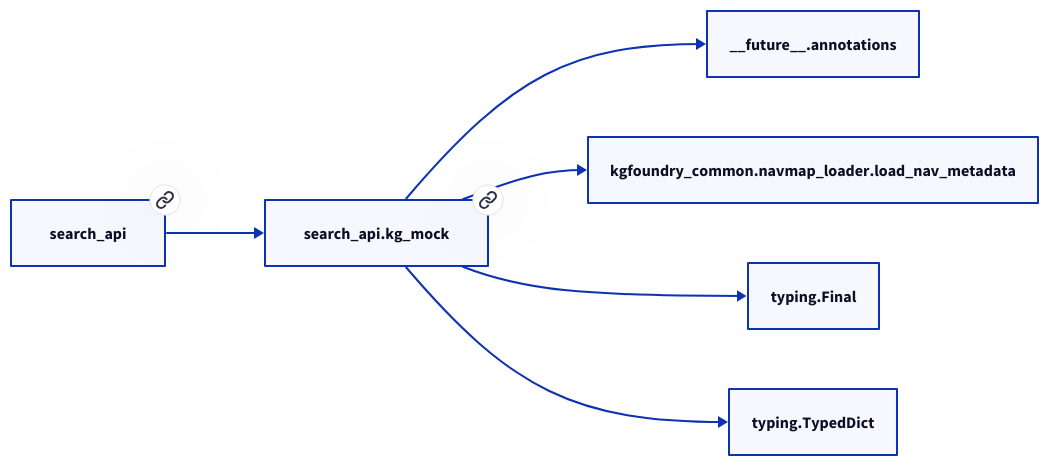
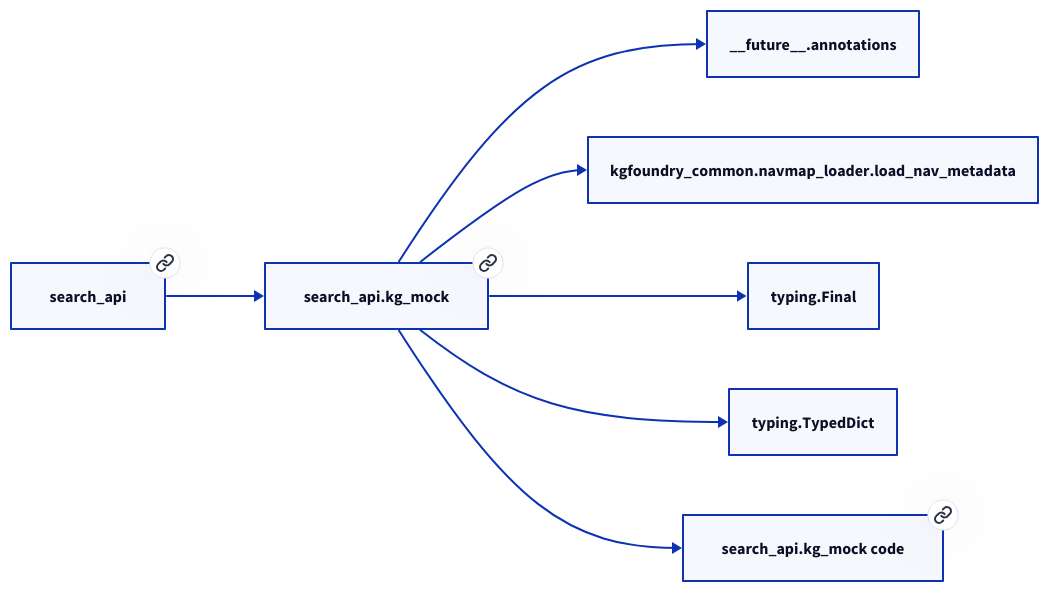
One commit to paul-heyse/kgforge changed the second of 2 diagrams in docs/modules/search_api/kg_mock.md. Above: the diagram before and after it, drawn with D2. The commit also changed other lines of this file and 319 other files, not shown here.

````diff
--- a/docs/modules/search_api/kg_mock.md
+++ b/docs/modules/search_api/kg_mock.md
@@ -53,14 +55,16 @@
 ```d2
 direction: right
-"search_api.kg_mock": "search_api.kg_mock" { link: "kg_mock.md" }
+"search_api.kg_mock": "search_api.kg_mock" { link: "./search_api/kg_mock.md" }
 "__future__.annotations": "__future__.annotations"
 "search_api.kg_mock" -> "__future__.annotations"
 "kgfoundry_common.navmap_loader.load_nav_metadata": "kgfoundry_common.navmap_loader.load_nav_metadata"
 "search_api.kg_mock" -> "kgfoundry_common.navmap_loader.load_nav_metadata"
 "typing.Final": "typing.Final"
 "search_api.kg_mock" -> "typing.Final"
 "typing.TypedDict": "typing.TypedDict"
 "search_api.kg_mock" -> "typing.TypedDict"
-"search_api": "search_api" { link: "../search_api.md" }
+"search_api": "search_api" { link: "./search_api.md" }
 "search_api" -> "search_api.kg_mock"
+"search_api.kg_mock_code": "search_api.kg_mock code" { link: "https://github.com/kgfoundry/kgfoundry/blob/main/src/search_api/kg_mock.py" }
+"search_api.kg_mock" -> "search_api.kg_mock_code" { style: dashed }
 ```
````
